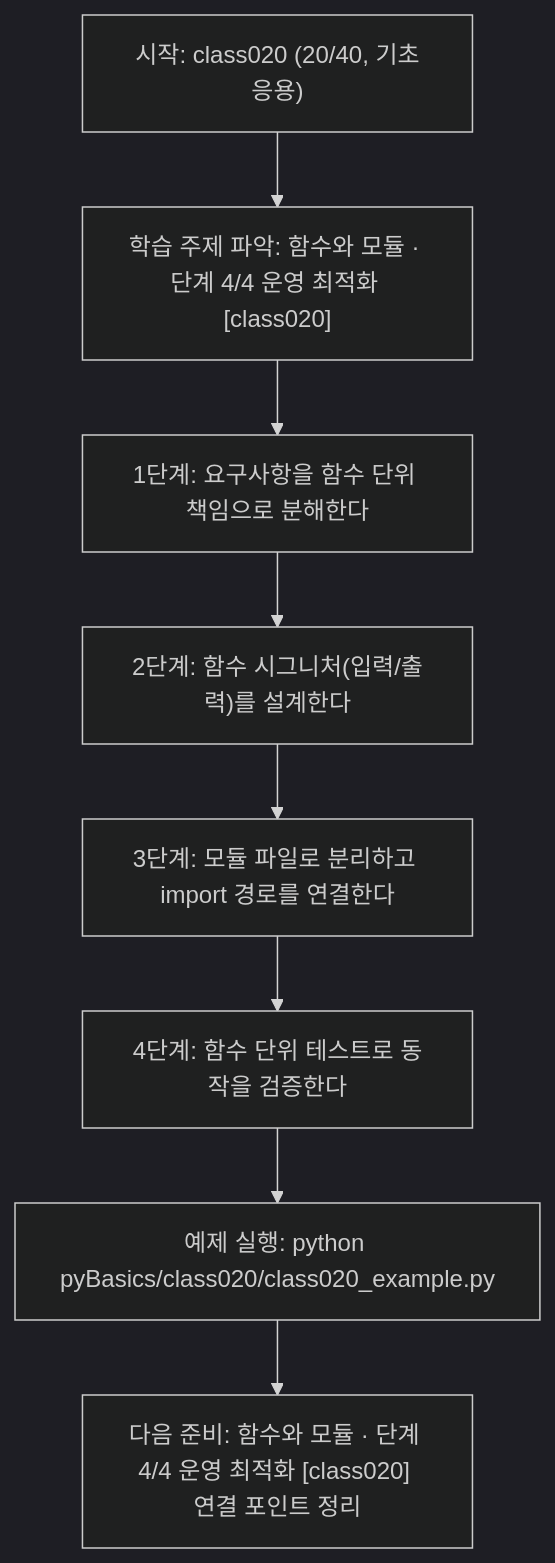
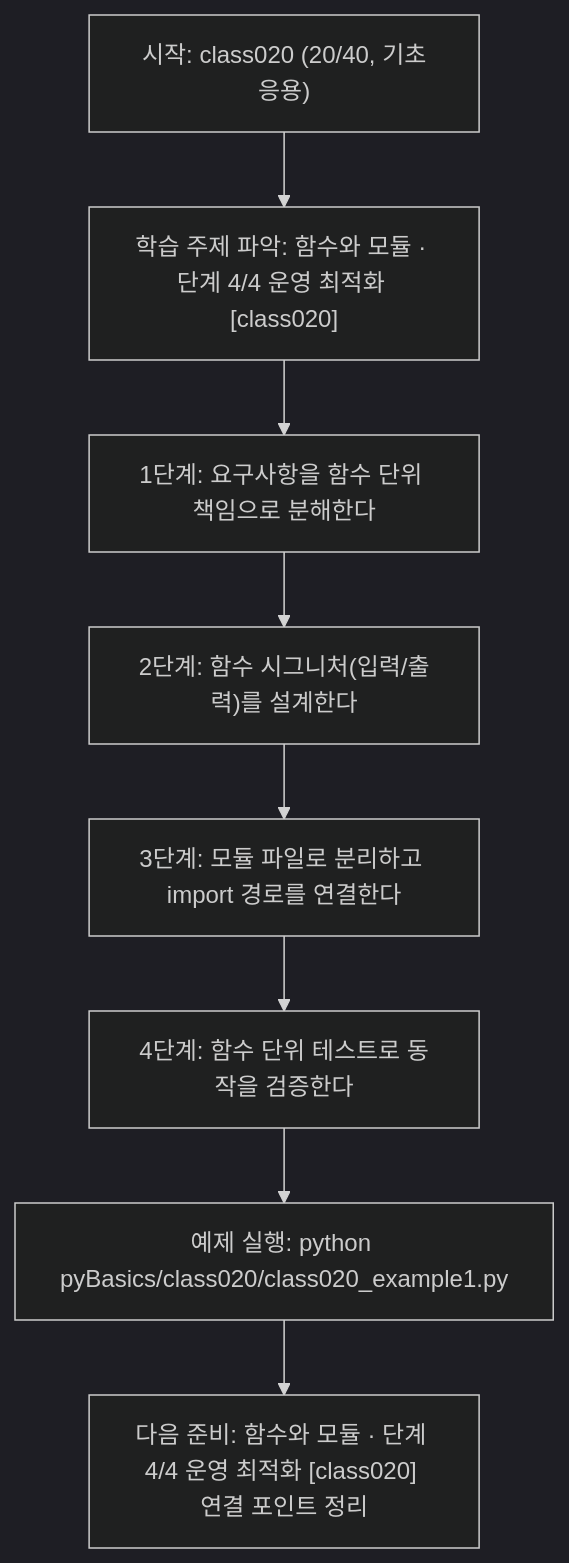
One commit to edumgt/Python-AI_Agent-Class changed the diagram in pyBasics/class020/class020.md. Above: the diagram before and after it, drawn with Mermaid (dark theme). The commit also changed other lines of this file and 2959 other files, not shown here.

````diff
--- a/pyBasics/class020/class020.md
+++ b/pyBasics/class020/class020.md
@@ -109,18 +109,18 @@
 ```mermaid
 flowchart TD
 N1["시작: class020 (20/40, 기초응용)"]
 N2["학습 주제 파악: 함수와 모듈 · 단계 4/4 운영 최적화 [class020]"]
 N3["1단계: 요구사항을 함수 단위 책임으로 분해한다"]
 N4["2단계: 함수 시그니처(입력/출력)를 설계한다"]
 N5["3단계: 모듈 파일로 분리하고 import 경로를 연결한다"]
 N6["4단계: 함수 단위 테스트로 동작을 검증한다"]
-N7["예제 실행: python pyBasics/class020/class020_example.py"]
+N7["예제 실행: python pyBasics/class020/class020_example1.py"]
 N8["다음 준비: 함수와 모듈 · 단계 4/4 운영 최적화 [class020] 연결 포인트 정리"]
 N1 --> N2
 N2 --> N3
 N3 --> N4
 N4 --> N5
 N5 --> N6
 N6 --> N7
 N7 --> N8
 ```
````
